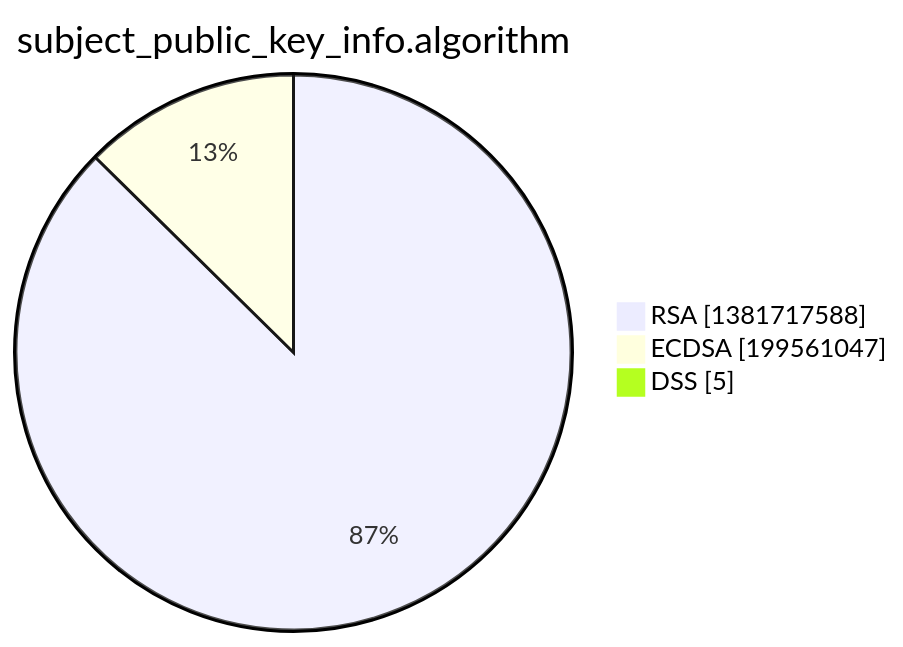
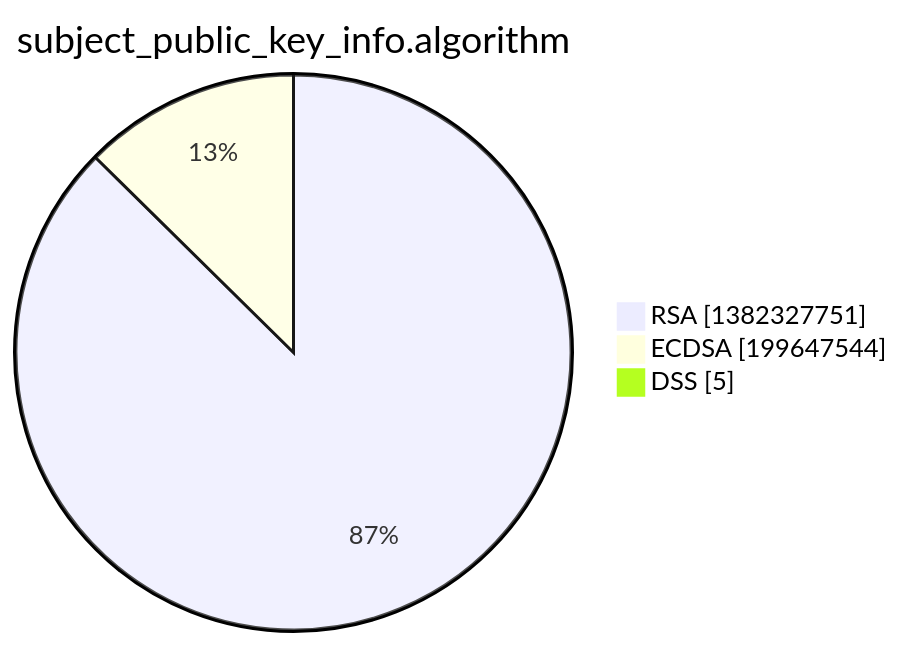
One commit to christiankrug/ctmonitor_visualization changed the third of 15 diagrams in xenon2022/README.md. Above: the diagram before and after it, drawn with Mermaid. The commit also changed other lines of this file, not shown here.

````diff
--- a/xenon2022/README.md
+++ b/xenon2022/README.md
@@ -14,7 +14,7 @@
 ```mermaid
 pie showData
 title subject_public_key_info.algorithm
-"RSA" :1381717588
-"ECDSA" :199561047
+"RSA" :1382327751
+"ECDSA" :199647544
 "DSS" :5
 ```
````
